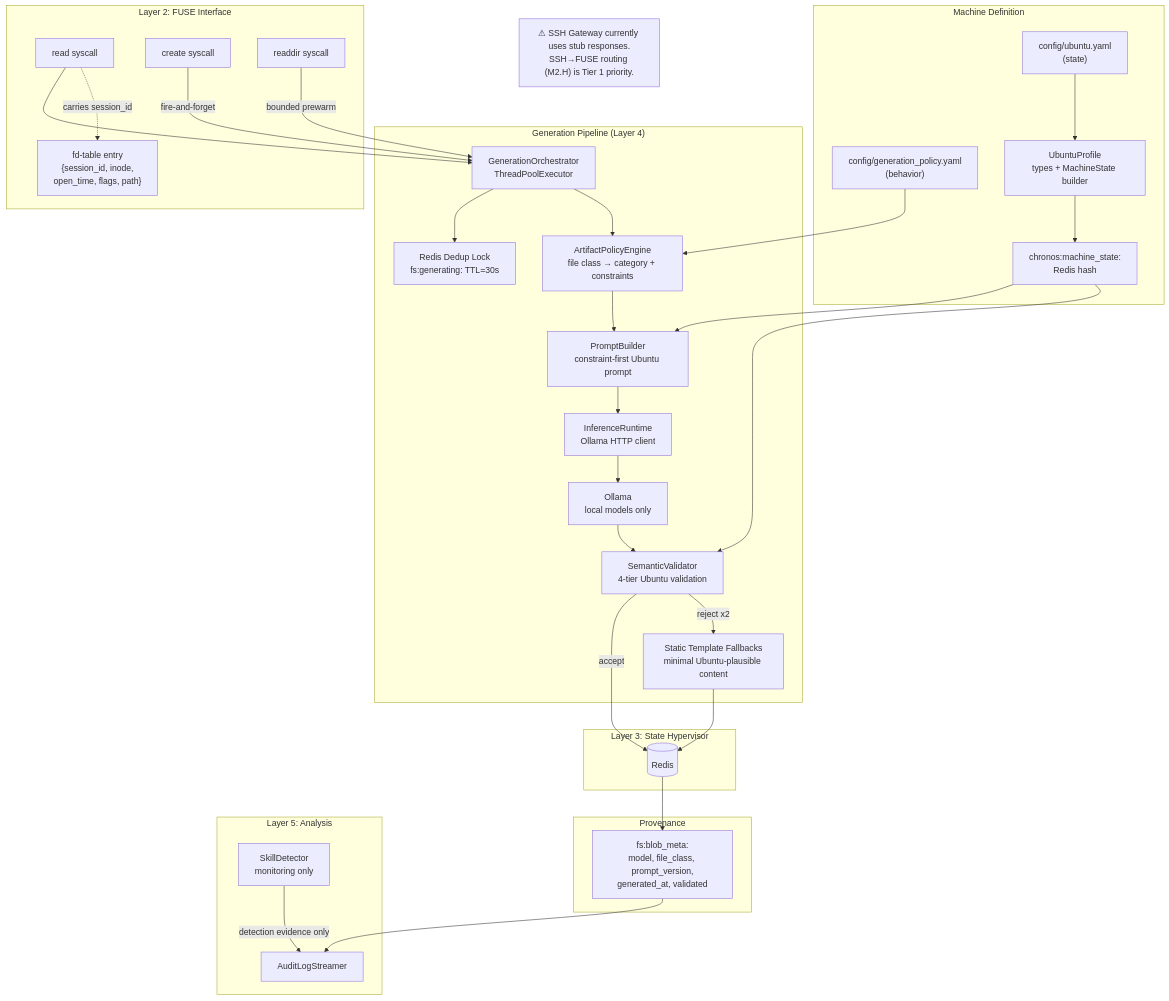
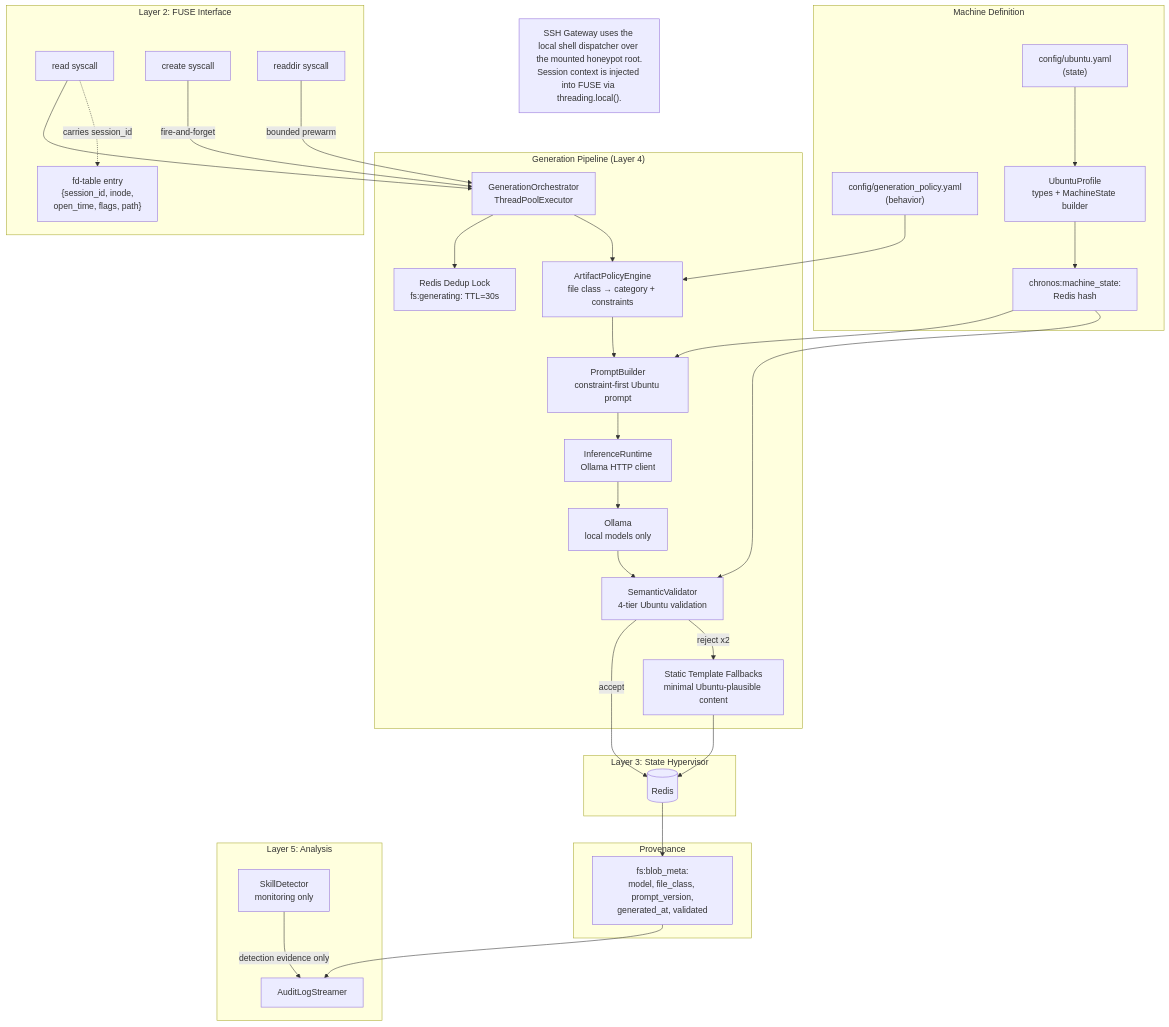
Before and after one commit to Rizzy1857/Apate: the first of 6 diagrams in docs/AI_ARCHITECTURE.md, drawn with Mermaid. The commit also changed 14 other files, not shown here.

````diff
--- a/docs/AI_ARCHITECTURE.md
+++ b/docs/AI_ARCHITECTURE.md
@@ -19,67 +19,67 @@
 ```mermaid
 graph TD
   subgraph "Layer 2: FUSE Interface"
     Read[read syscall]
     Create[create syscall]
     Readdir[readdir syscall]
     FDTable["fd-table entry\n{session_id, inode,\nopen_time, flags, path}"]
   end
 
   subgraph "Generation Pipeline (Layer 4)"
     Pool[GenerationOrchestrator\nThreadPoolExecutor]
     Lock["Redis Dedup Lock\nfs:generating:<inode> TTL=30s"]
     Policy[ArtifactPolicyEngine\nfile class → category + constraints]
     Builder[PromptBuilder\nconstraint-first Ubuntu prompt]
     Runtime[InferenceRuntime\nOllama HTTP client]
     Ollama[Ollama\nlocal models only]
     Validator[SemanticValidator\n4-tier Ubuntu validation]
     Templates[Static Template Fallbacks\nminimal Ubuntu-plausible content]
   end
 
-  SSHNote["⚠ SSH Gateway currently uses stub responses.\nSSH→FUSE routing (M2.H) is Tier 1 priority."]
+  SSHNote["SSH Gateway uses the local shell dispatcher over the mounted honeypot root.\nSession context is injected into FUSE via threading.local()."]
 
   subgraph "Machine Definition"
     UbuntuYAML["config/ubuntu.yaml\n(state)"]
     PolicyYAML["config/generation_policy.yaml\n(behavior)"]
     Profile[UbuntuProfile\ntypes + MachineState builder]
     MachineState["chronos:machine_state:<session_id>\nRedis hash"]
   end
 
   subgraph "Layer 3: State Hypervisor"
     Redis[(Redis)]
   end
 
   subgraph "Provenance"
     BlobMeta["fs:blob_meta:<hash>\nmodel, file_class, prompt_version,\ngenerated_at, validated"]
   end
 
   subgraph "Layer 5: Analysis"
     SkillDetector[SkillDetector\nmonitoring only]
     Watcher[AuditLogStreamer]
   end
 
   Read --> Pool
   Create -->|fire-and-forget| Pool
   Readdir -->|bounded prewarm| Pool
   Read -.->|carries session_id| FDTable
 
   Pool --> Lock
   Pool --> Policy
   PolicyYAML --> Policy
   Policy --> Builder
   UbuntuYAML --> Profile
   Profile --> MachineState
   MachineState --> Builder
   Builder --> Runtime
   Runtime --> Ollama
   Ollama --> Validator
   MachineState --> Validator
   Validator -->|accept| Redis
   Validator -->|reject x2| Templates
   Templates --> Redis
 
   Redis --> BlobMeta
 
   SkillDetector -->|detection evidence only| Watcher
   BlobMeta --> Watcher
 ```
````
